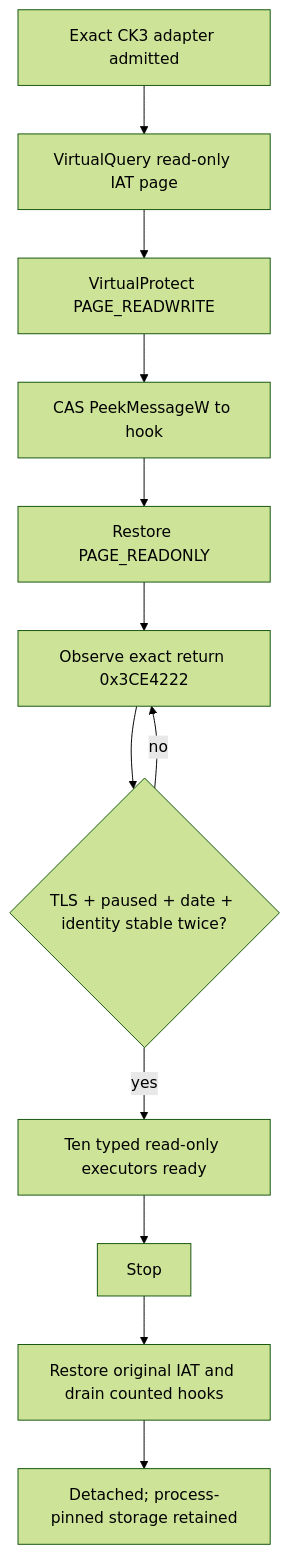
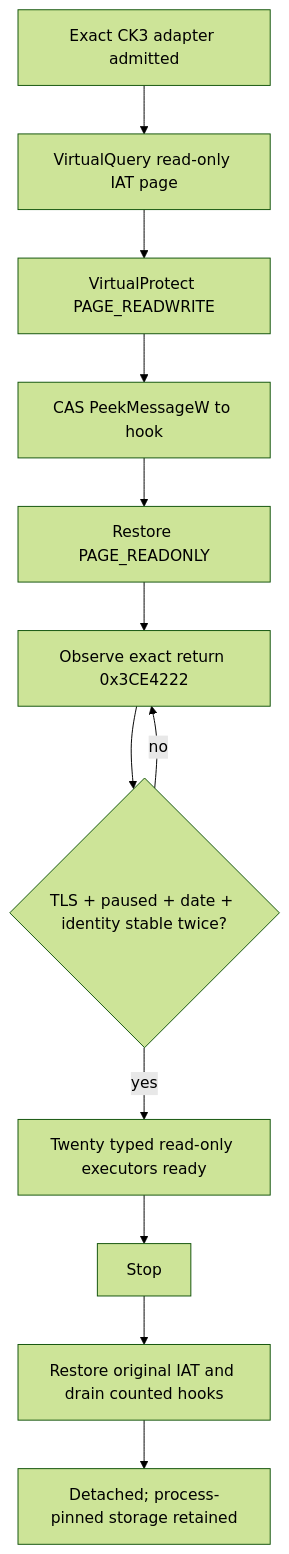
The first of 3 diagrams in docs/ck3-native-ai/main-thread-query-mailbox.md (XenoAmess/ck3_eternal_recurrence), drawn with Mermaid (forest theme) before and after one commit. The commit also changed other lines of this file and 59 other files, not shown here.

````diff
--- a/docs/ck3-native-ai/main-thread-query-mailbox.md
+++ b/docs/ck3-native-ai/main-thread-query-mailbox.md
@@ -105,14 +111,14 @@
 ```mermaid
 flowchart TD
     A[Exact CK3 adapter admitted] --> B[VirtualQuery read-only IAT page]
     B --> C[VirtualProtect PAGE_READWRITE]
     C --> D[CAS PeekMessageW to hook]
     D --> E[Restore PAGE_READONLY]
     E --> F[Observe exact return 0x3CE4222]
     F --> G{TLS + paused + date + identity stable twice?}
     G -- no --> F
-    G -- yes --> H[Ten typed read-only executors ready]
+    G -- yes --> H[Twenty typed read-only executors ready]
     H --> I[Stop]
     I --> J[Restore original IAT and drain counted hooks]
     J --> K[Detached; process-pinned storage retained]
 ```
````
